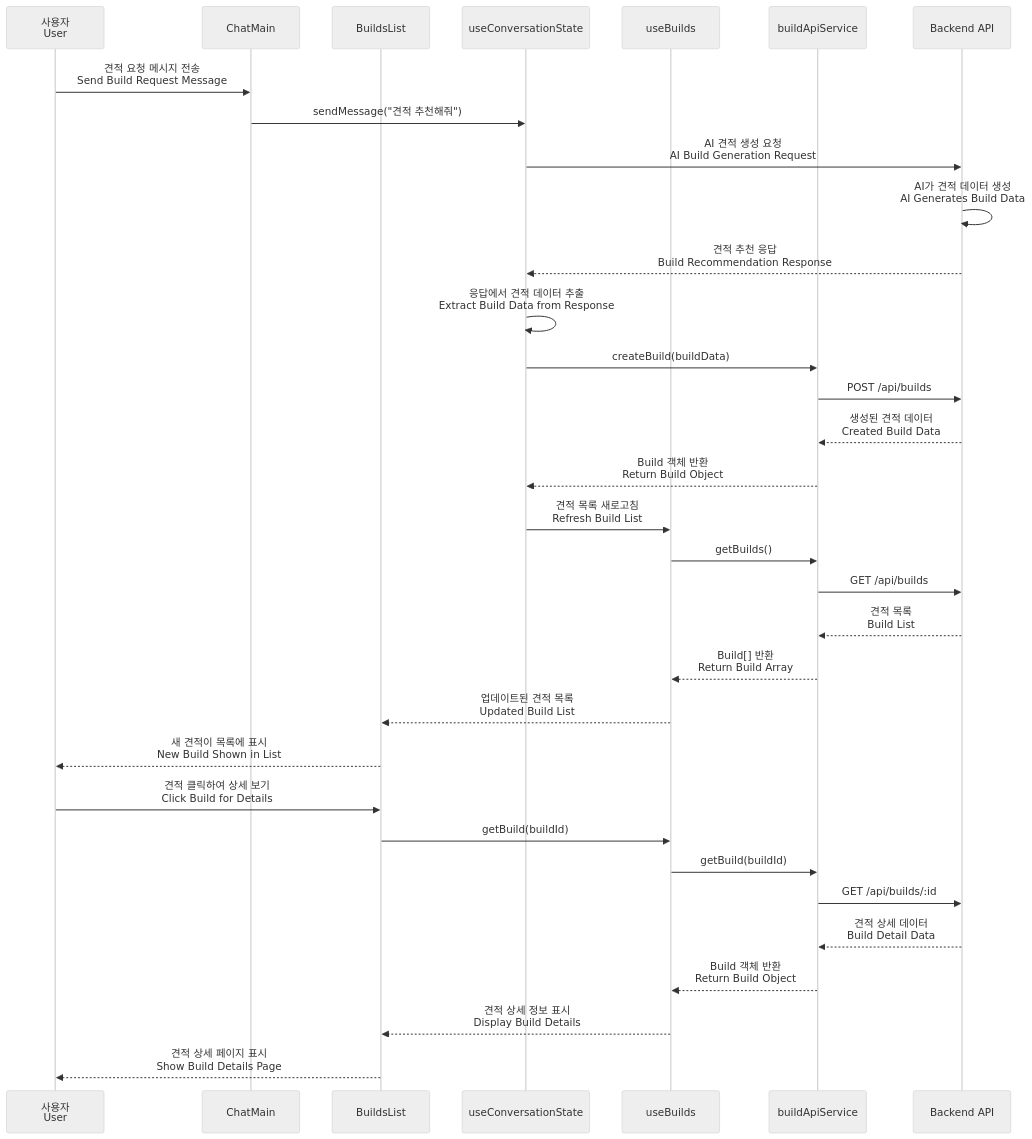
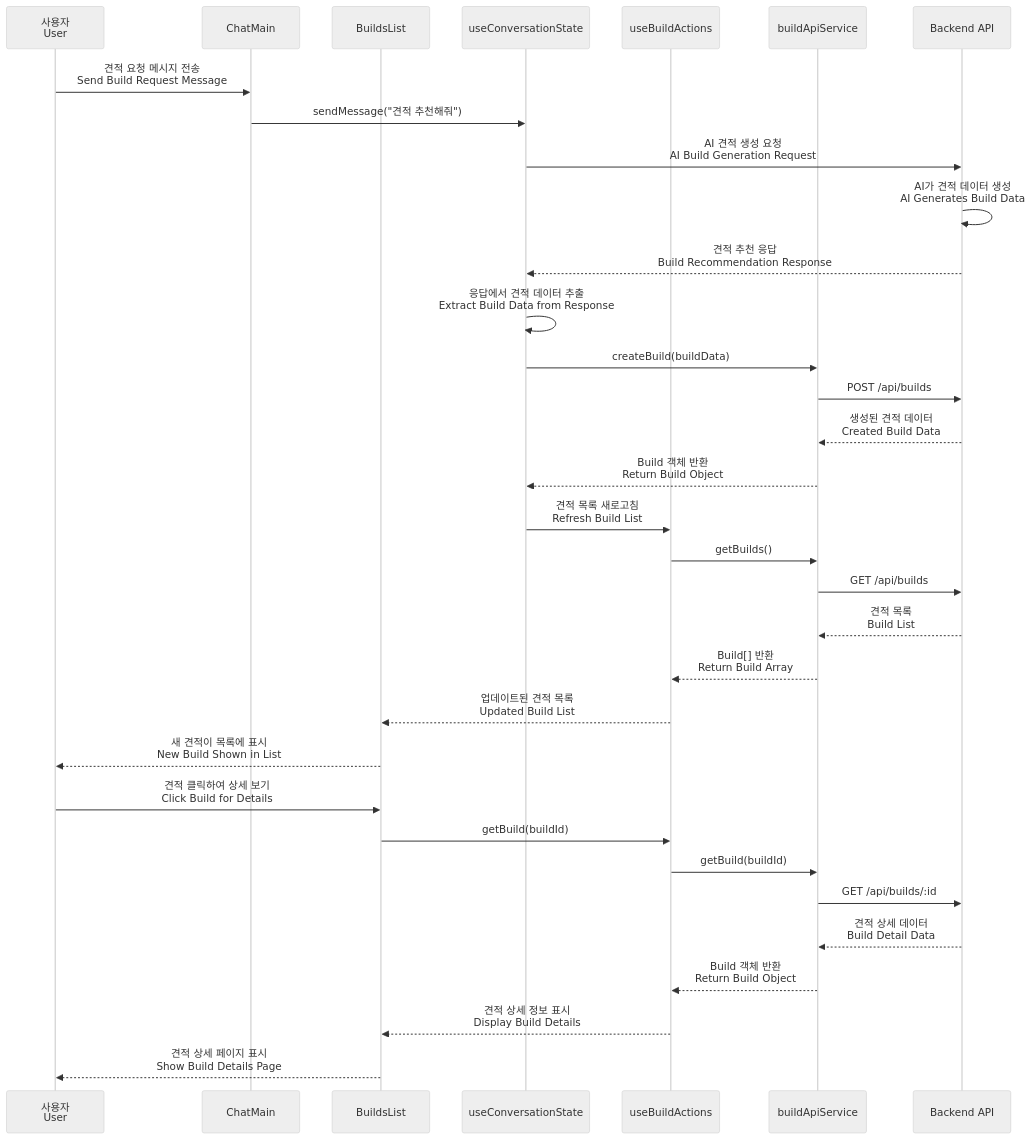
Before and after one commit to p0pular131/askspec-chat-assistant: diagram 11 of 20 in docs/design-specification.md, drawn with Mermaid (neutral theme). The commit also changed other lines of this file, not shown here.

First line of the commit message:
Add sequence diagram for message flow

````diff
--- a/docs/design-specification.md
+++ b/docs/design-specification.md
@@ -529,40 +617,40 @@
 ```mermaid
 sequenceDiagram
     participant User as 사용자<br/>User
     participant ChatUI as ChatMain
     participant BuildUI as BuildsList
     participant State as useConversationState
-    participant BuildHook as useBuilds
+    participant BuildActions as useBuildActions
     participant BuildAPI as buildApiService
     participant Backend as Backend API
 
     User->>ChatUI: 견적 요청 메시지 전송<br/>Send Build Request Message
     ChatUI->>State: sendMessage("견적 추천해줘")
     State->>Backend: AI 견적 생성 요청<br/>AI Build Generation Request
     Backend->>Backend: AI가 견적 데이터 생성<br/>AI Generates Build Data
     Backend-->>State: 견적 추천 응답<br/>Build Recommendation Response
     
     State->>State: 응답에서 견적 데이터 추출<br/>Extract Build Data from Response
     State->>BuildAPI: createBuild(buildData)
     BuildAPI->>Backend: POST /api/builds
     Backend-->>BuildAPI: 생성된 견적 데이터<br/>Created Build Data
     BuildAPI-->>State: Build 객체 반환<br/>Return Build Object
     
-    State->>BuildHook: 견적 목록 새로고침<br/>Refresh Build List
-    BuildHook->>BuildAPI: getBuilds()
+    State->>BuildActions: 견적 목록 새로고침<br/>Refresh Build List
+    BuildActions->>BuildAPI: getBuilds()
     BuildAPI->>Backend: GET /api/builds
     Backend-->>BuildAPI: 견적 목록<br/>Build List
-    BuildAPI-->>BuildHook: Build[] 반환<br/>Return Build Array
+    BuildAPI-->>BuildActions: Build[] 반환<br/>Return Build Array
     
-    BuildHook-->>BuildUI: 업데이트된 견적 목록<br/>Updated Build List
+    BuildActions-->>BuildUI: 업데이트된 견적 목록<br/>Updated Build List
     BuildUI-->>User: 새 견적이 목록에 표시<br/>New Build Shown in List
     
     User->>BuildUI: 견적 클릭하여 상세 보기<br/>Click Build for Details
-    BuildUI->>BuildHook: getBuild(buildId)
-    BuildHook->>BuildAPI: getBuild(buildId)
+    BuildUI->>BuildActions: getBuild(buildId)
+    BuildActions->>BuildAPI: getBuild(buildId)
     BuildAPI->>Backend: GET /api/builds/:id
     Backend-->>BuildAPI: 견적 상세 데이터<br/>Build Detail Data
-    BuildAPI-->>BuildHook: Build 객체 반환<br/>Return Build Object
-    BuildHook-->>BuildUI: 견적 상세 정보 표시<br/>Display Build Details
+    BuildAPI-->>BuildActions: Build 객체 반환<br/>Return Build Object
+    BuildActions-->>BuildUI: 견적 상세 정보 표시<br/>Display Build Details
     BuildUI-->>User: 견적 상세 페이지 표시<br/>Show Build Details Page
 ```
````
